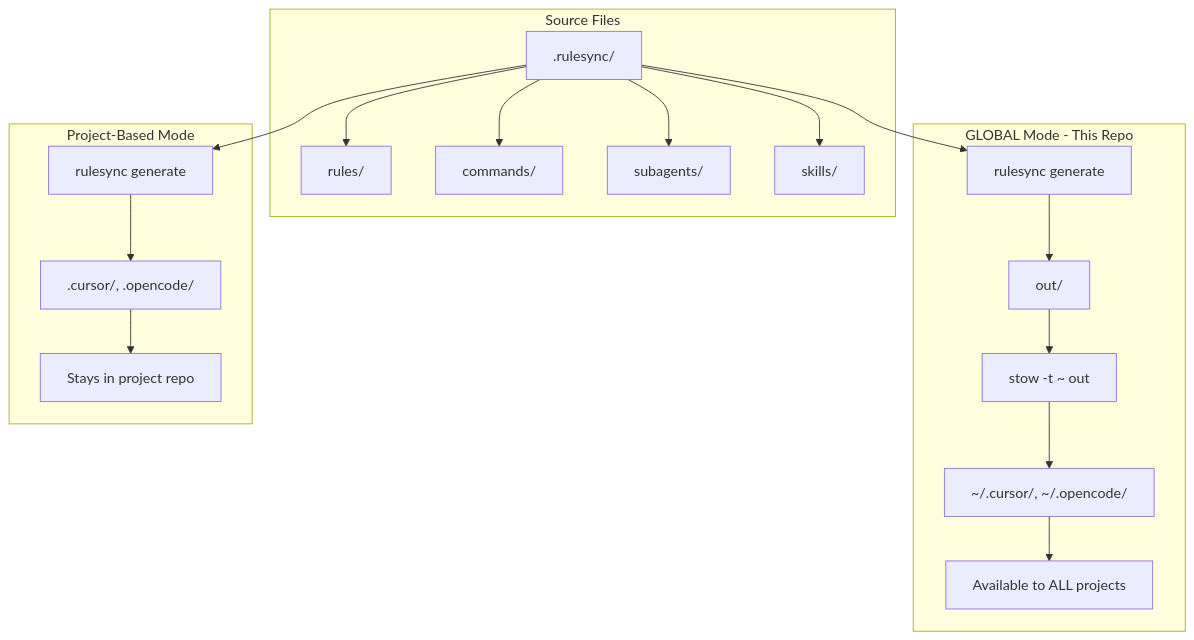
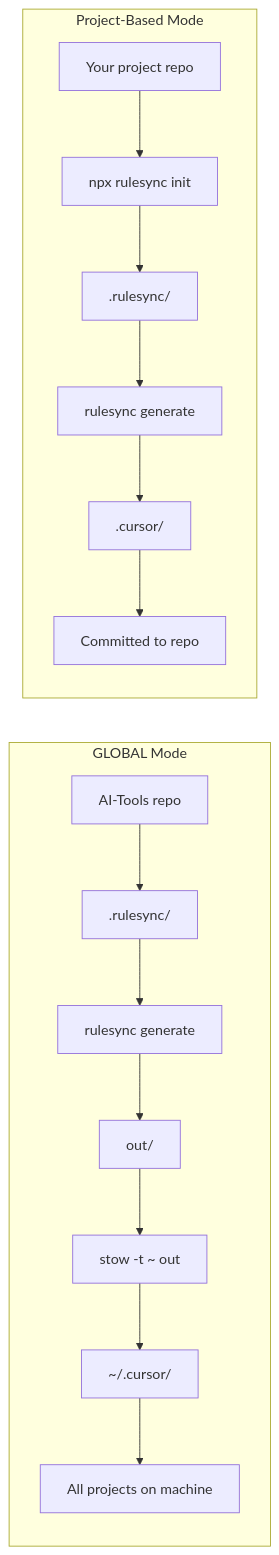
One commit to chris-nowicki/ai-dotfiles changed the diagram in README.md. Above: the diagram before and after it, drawn with Mermaid. The commit also changed other lines of this file, not shown here.

Commit message:
docs: improve mermaid diagram clarity
Redesign diagram to show GLOBAL and Project-Based modes as separate
parallel workflows instead of implying a shared source.

````diff
--- a/README.md
+++ b/README.md
@@ -21,25 +21,36 @@
 ```mermaid
-flowchart TB
-    subgraph source [Source Files]
-        RS[.rulesync/]
-        RS --> Rules[rules/]
-        RS --> Commands[commands/]
-        RS --> Subagents[subagents/]
-        RS --> Skills[skills/]
-    end
+flowchart LR
+    subgraph global [GLOBAL Mode]
+        direction TB
+        G_REPO["AI-Tools repo"]
+        G_RS[".rulesync/"]
+        G_GEN["rulesync generate"]
+        G_OUT["out/"]
+        G_STOW["stow -t ~ out"]
+        G_HOME["~/.cursor/"]
+        G_ALL["All projects on machine"]
 
-    subgraph global [GLOBAL Mode - This Repo]
-        G1[rulesync generate] --> OUT[out/]
-        OUT --> STOW[stow -t ~ out]
-        STOW --> HOME["~/.cursor/, ~/.opencode/"]
-        HOME --> ALL[Available to ALL projects]
+        G_REPO --> G_RS
+        G_RS --> G_GEN
+        G_GEN --> G_OUT
+        G_OUT --> G_STOW
+        G_STOW --> G_HOME
+        G_HOME --> G_ALL
     end
 
     subgraph project [Project-Based Mode]
-        P1[rulesync generate] --> PROJ[.cursor/, .opencode/]
-        PROJ --> REPO[Stays in project repo]
+        direction TB
+        P_REPO["Your project repo"]
+        P_INIT["npx rulesync init"]
+        P_RS[".rulesync/"]
+        P_GEN["rulesync generate"]
+        P_OUT[".cursor/"]
+        P_STAY["Committed to repo"]
+
+        P_REPO --> P_INIT
+        P_INIT --> P_RS
+        P_RS --> P_GEN
+        P_GEN --> P_OUT
+        P_OUT --> P_STAY
     end
-
-    RS --> G1
-    RS --> P1
 ```
````
